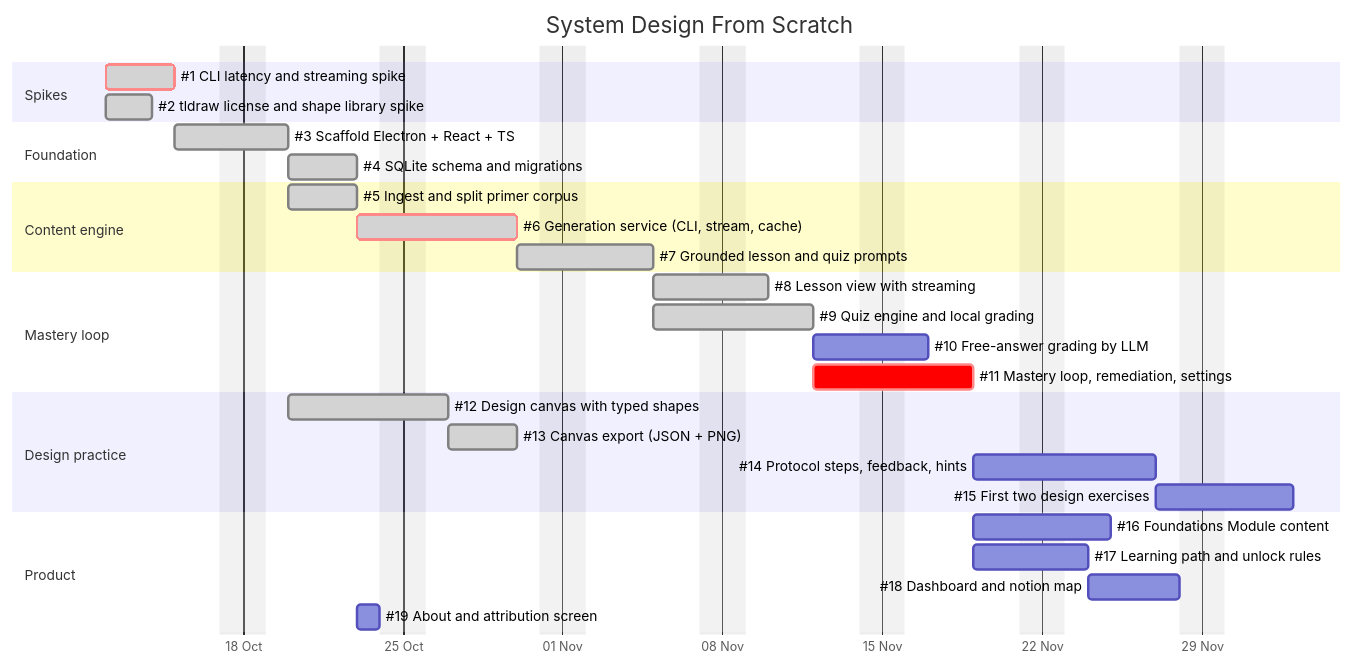
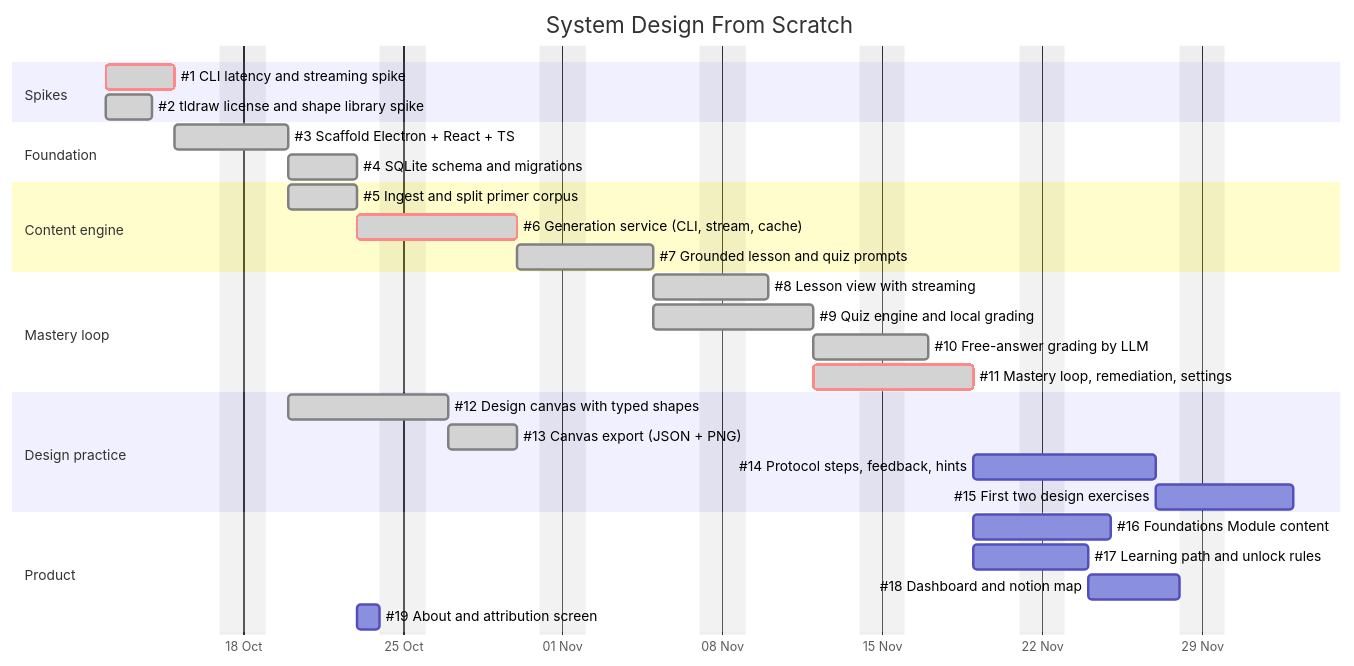
The diagram in docs/ROADMAP.md (jbclaramonte/system-design-from-scratch), drawn with Mermaid before and after one commit. The commit also changed 78 other files, not shown here.

First line of the commit message:
feat: free-answer grading (#10) and Mastery Loop with settings (#11)

````diff
--- a/docs/ROADMAP.md
+++ b/docs/ROADMAP.md
@@ -13,38 +13,38 @@
 ```mermaid
 gantt
     title System Design From Scratch
     dateFormat YYYY-MM-DD
     excludes weekends
     axisFormat %d %b
 
     section Spikes
     #1 CLI latency and streaming spike        :done, crit, s1, 2026-10-12, 3d
     #2 tldraw license and shape library spike :done, s2, 2026-10-12, 2d
 
     section Foundation
     #3 Scaffold Electron + React + TS         :done, f1, after s1, 3d
     #4 SQLite schema and migrations           :done, f2, after f1, 3d
 
     section Content engine
     #5 Ingest and split primer corpus         :done, c1, after f1, 3d
     #6 Generation service (CLI, stream, cache):done, crit, c2, after f2, 5d
     #7 Grounded lesson and quiz prompts       :done, c3, after c1 c2, 4d
 
     section Mastery loop
     #8 Lesson view with streaming             :done, m1, after c3, 3d
     #9 Quiz engine and local grading          :done, m2, after c3, 5d
-    #10 Free-answer grading by LLM            :m3, after m2, 3d
-    #11 Mastery loop, remediation, settings   :crit, m4, after m1 m2, 5d
+    #10 Free-answer grading by LLM            :done, m3, after m2, 3d
+    #11 Mastery loop, remediation, settings   :done, crit, m4, after m1 m2, 5d
 
     section Design practice
     #12 Design canvas with typed shapes       :done, d1, after s2 f1, 5d
     #13 Canvas export (JSON + PNG)            :done, d2, after d1, 3d
     #14 Protocol steps, feedback, hints       :d3, after d2 m4, 6d
     #15 First two design exercises            :d4, after d3, 4d
 
     section Product
     #16 Foundations Module content            :p1, after m4, 4d
     #17 Learning path and unlock rules        :p2, after m4, 3d
     #18 Dashboard and notion map              :p3, after p2, 4d
     #19 About and attribution screen          :p4, after c1, 1d
 ```
````
